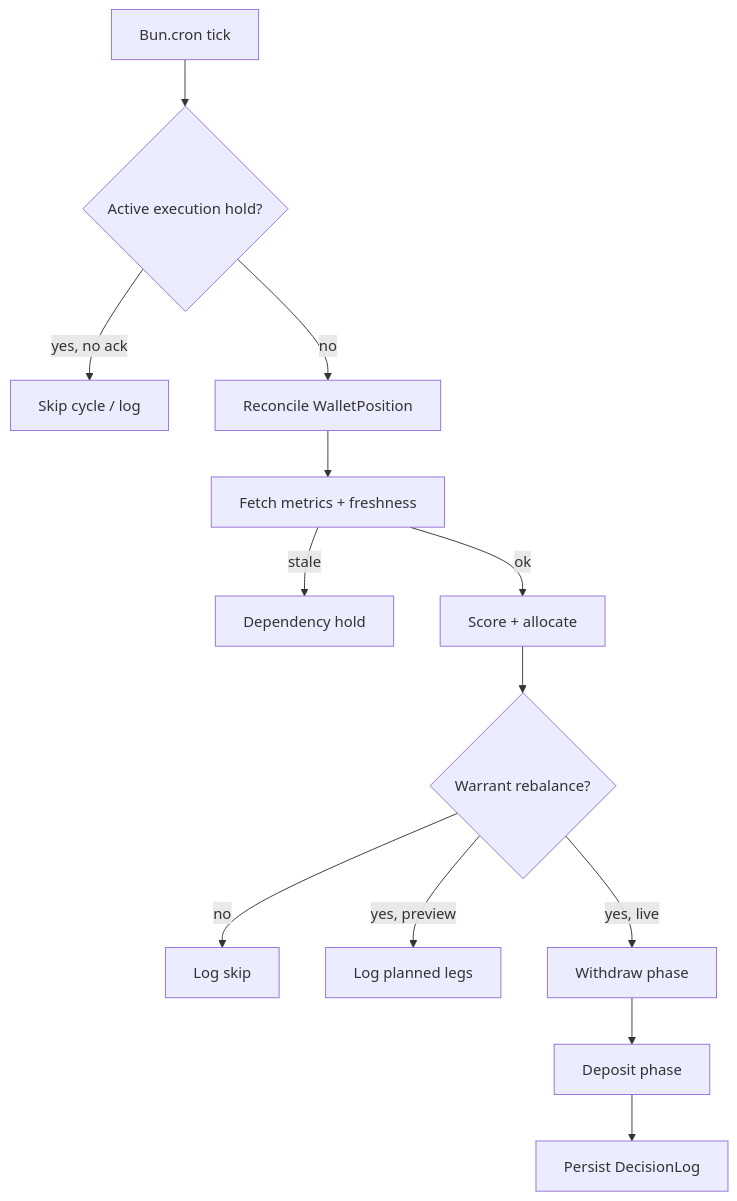
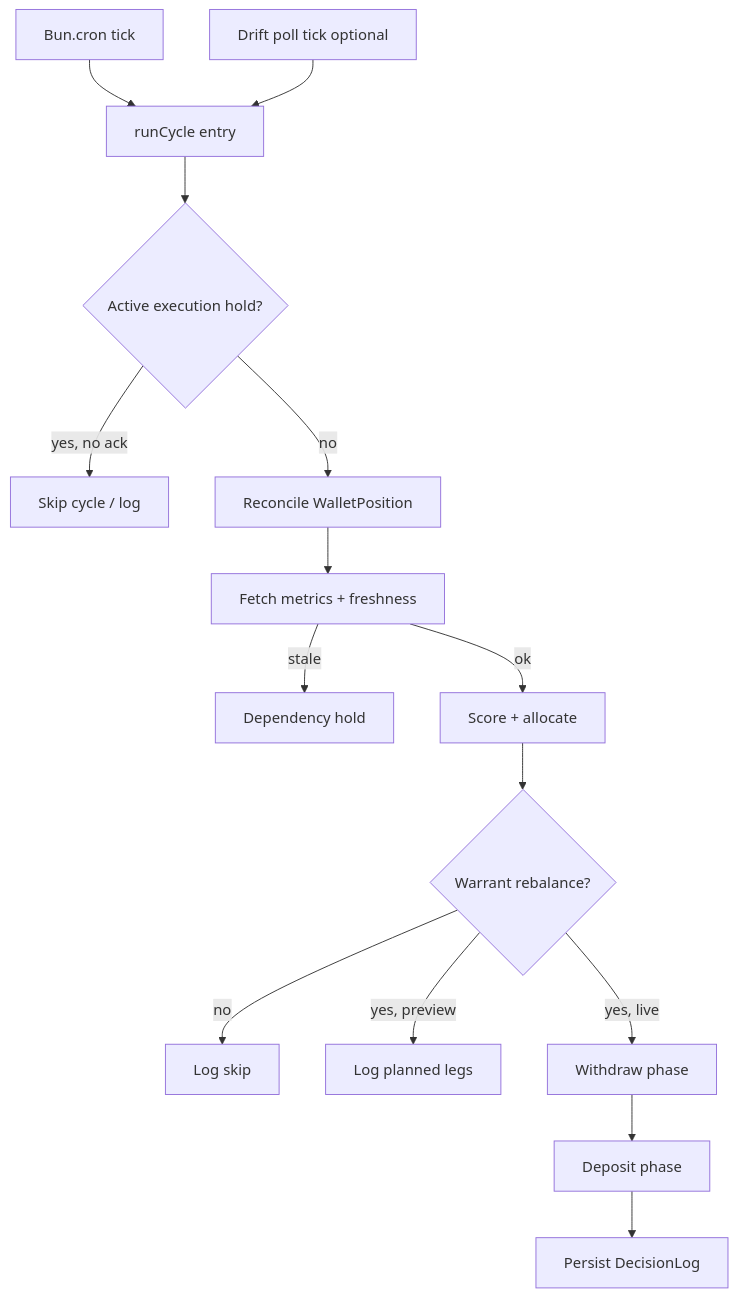
Before and after one commit to jimmychu0807/kamino-trading-bot: the diagram in specs/001-vault-yield-rebalance/plan.md, drawn with Mermaid. The commit also changed other lines of this file and 7 other files, not shown here.

````diff
--- a/specs/001-vault-yield-rebalance/plan.md
+++ b/specs/001-vault-yield-rebalance/plan.md
@@ -176,15 +178,17 @@
 ```mermaid
 flowchart TD
-  cron[Bun.cron tick] --> holdCheck{Active execution hold?}
+  cron[Bun.cron tick] --> cycleEntry[runCycle entry]
+  drift[Drift poll tick optional] --> cycleEntry
+  cycleEntry --> holdCheck{Active execution hold?}
   holdCheck -->|yes, no ack| skip[Skip cycle / log]
   holdCheck -->|no| reconcile[Reconcile WalletPosition]
   reconcile --> metrics[Fetch metrics + freshness]
   metrics -->|stale| depHold[Dependency hold]
   metrics -->|ok| score[Score + allocate]
   score --> warrant{Warrant rebalance?}
   warrant -->|no| logSkip[Log skip]
   warrant -->|yes, preview| logPlan[Log planned legs]
   warrant -->|yes, live| withdraw[Withdraw phase]
   withdraw --> deposit[Deposit phase]
   deposit --> logDone[Persist DecisionLog]
 ```
````
